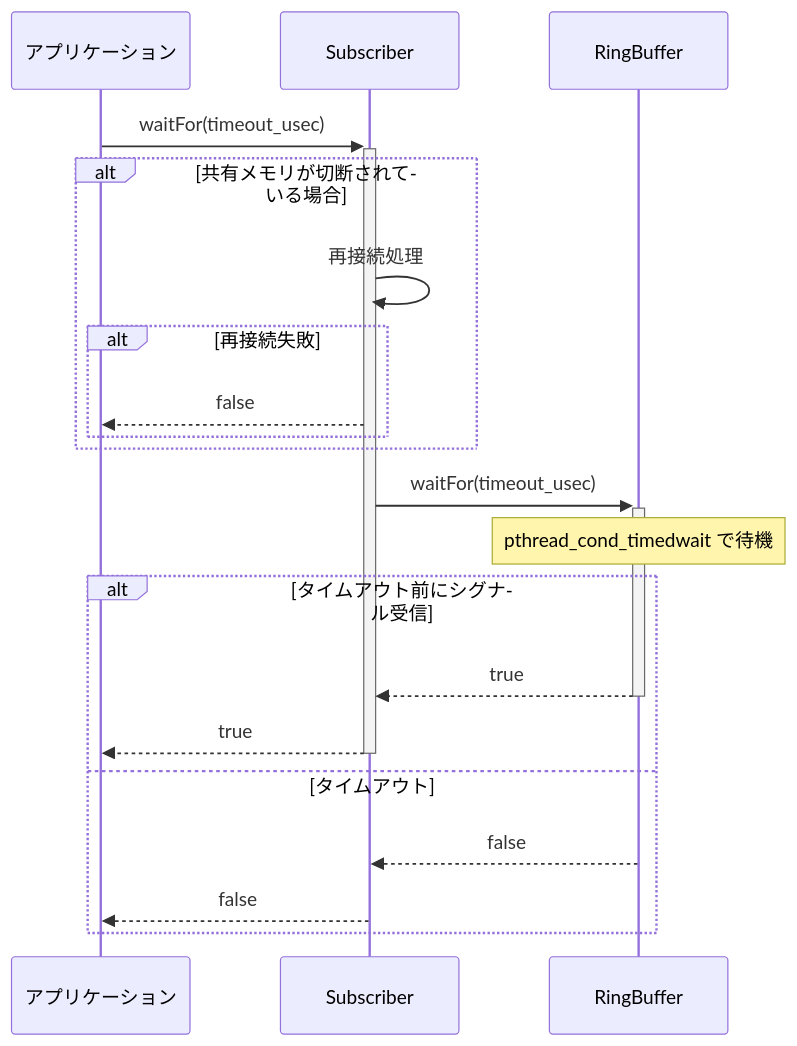
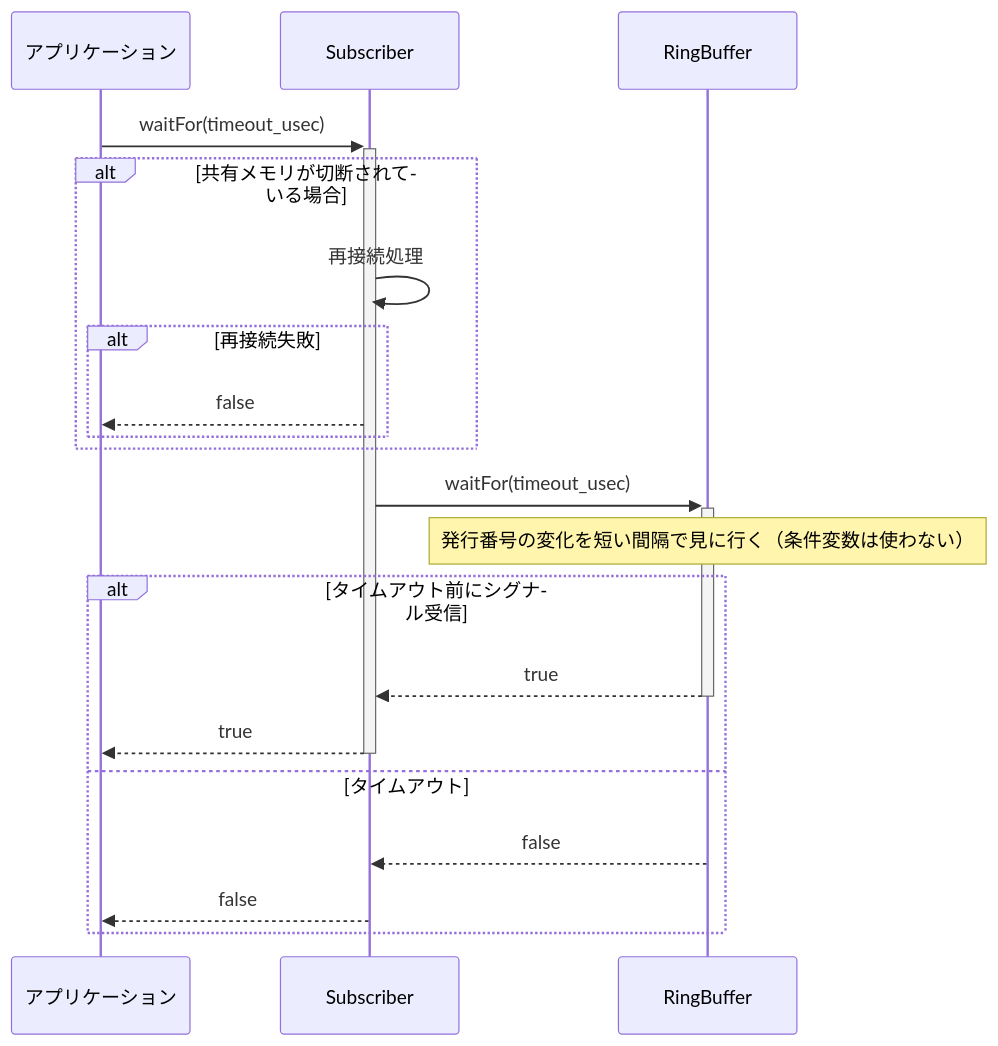
The seventh of 17 diagrams in manual/spec_jp.md (REACT-ROBOT/shared-memory-based-handy-communication-manager), drawn with Mermaid before and after one commit. The commit also changed other lines of this file and 4 other files, not shown here.

```diff
--- a/manual/spec_jp.md
+++ b/manual/spec_jp.md
@@ -348,26 +333,26 @@
 <div class="mermaid">
 sequenceDiagram
     participant App as アプリケーション
     participant Sub as Subscriber
     participant RB as RingBuffer
     
     App->>+Sub: waitFor(timeout_usec)
     
     alt 共有メモリが切断されている場合
         Sub->>Sub: 再接続処理
         alt 再接続失敗
             Sub-->>App: false
         end
     end
     
     Sub->>+RB: waitFor(timeout_usec)
-    Note over RB: pthread_cond_timedwait で待機
+    Note over RB: 発行番号の変化を短い間隔で見に行く（条件変数は使わない）
     
     alt タイムアウト前にシグナル受信
         RB-->>-Sub: true
         Sub-->>-App: true
     else タイムアウト
         RB-->>Sub: false
         Sub-->>App: false
     end
 </div>
```
